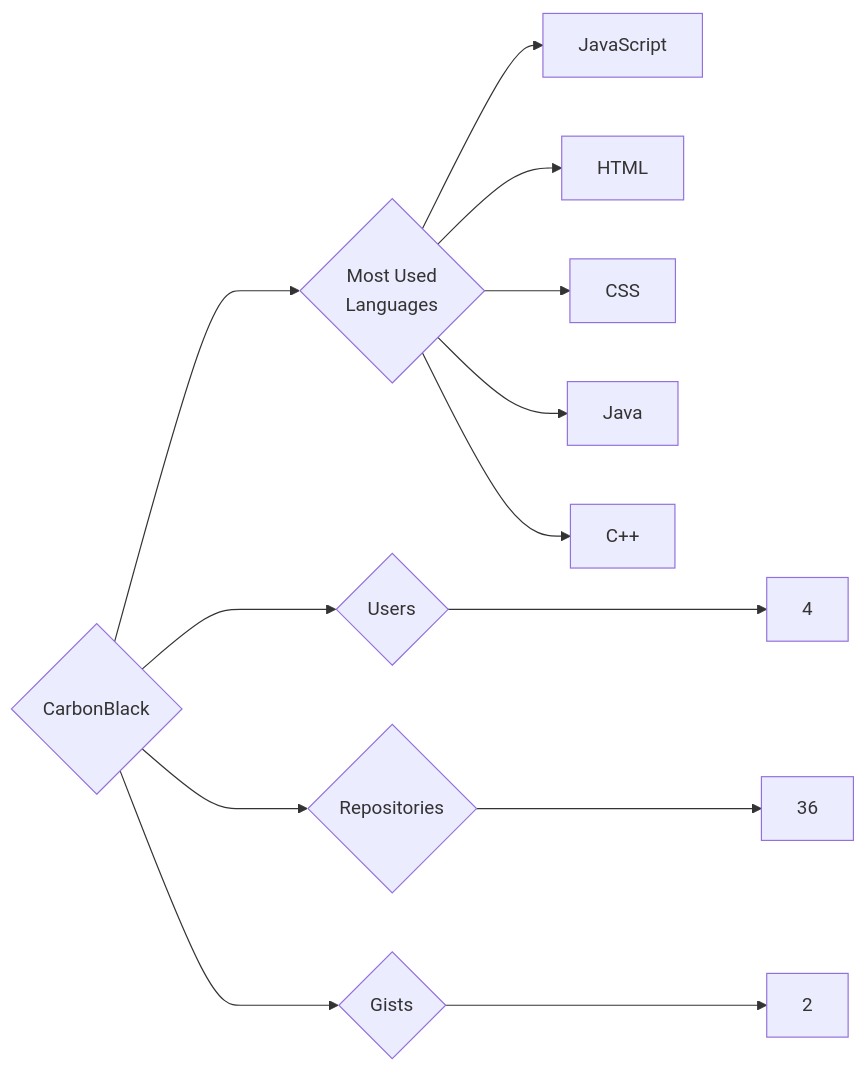
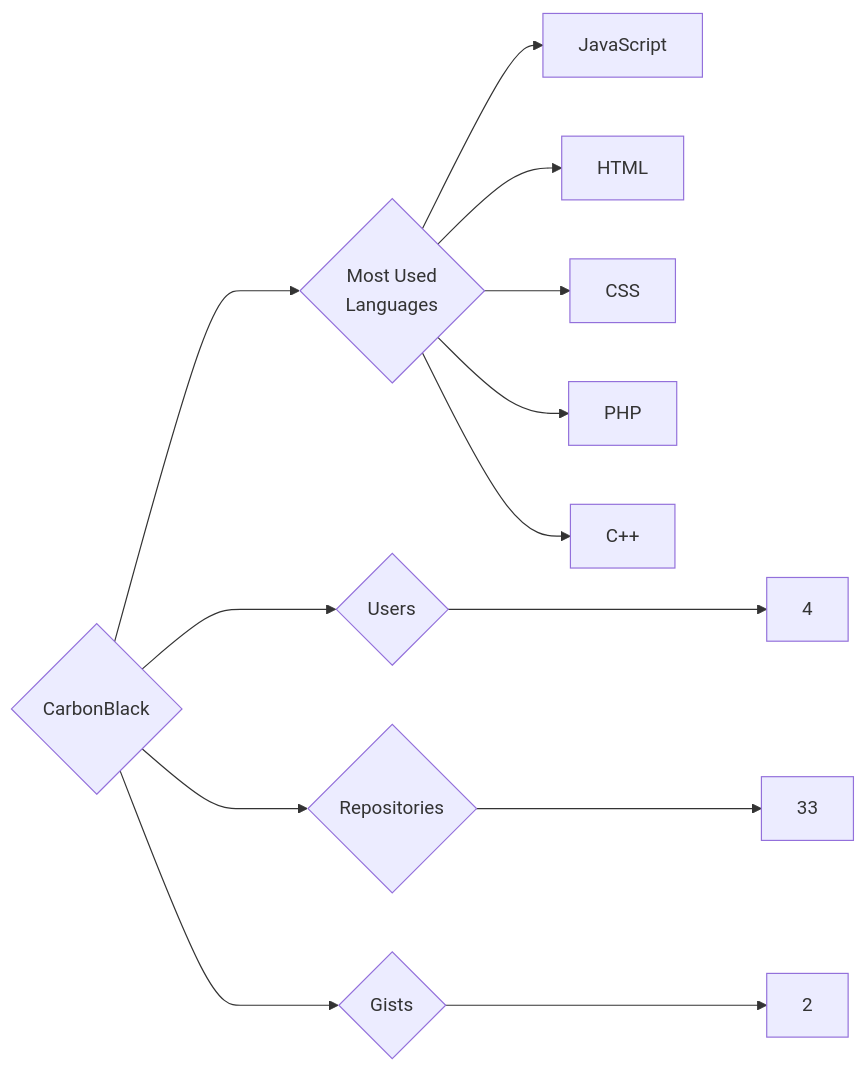
The diagram in targets/CarbonBlack/README.md (trickest/insiders), drawn with Mermaid before and after one commit. The commit also changed 775 other files, not shown here.

````diff
--- a/targets/CarbonBlack/README.md
+++ b/targets/CarbonBlack/README.md
@@ -3,13 +3,13 @@
 ```mermaid
 graph LR
 COMPANY_NAME{CarbonBlack}
 COMPANY_NAME ---> U{Users} ---> UN[4]
-COMPANY_NAME ---> R{Repositories} ---> RN[36]
+COMPANY_NAME ---> R{Repositories} ---> RN[33]
 COMPANY_NAME ---> G{Gists} ---> GN[2]
 COMPANY_NAME ---> ML{Most Used<br>Languages}
 ML --> JavaScript[JavaScript]
 ML --> HTML[HTML]
 ML --> CSS[CSS]
-ML --> Java[Java]
+ML --> PHP[PHP]
 ML --> C++[C++]
 ```
````
